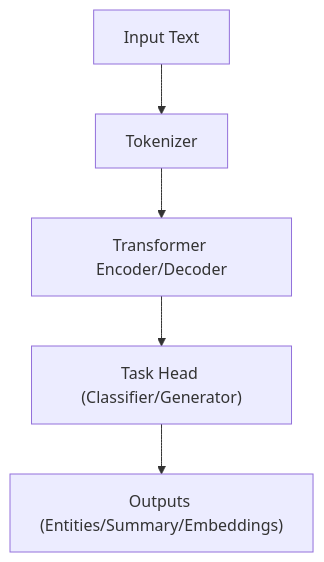
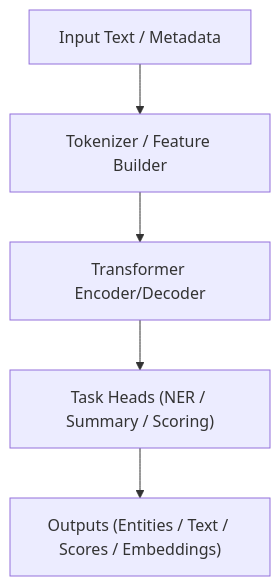
The diagram in docs/templates/model_card.md (bartytime4life/Kansas-Frontier-Matrix), drawn with Mermaid before and after one commit. The commit also changed other lines of this file, not shown here.

````diff
--- a/docs/templates/model_card.md
+++ b/docs/templates/model_card.md
@@ -110,7 +117,7 @@
 ```mermaid
 flowchart TD
-    A["Input Text"] --> B["Tokenizer"]
-    B["Tokenizer"] --> C["Transformer Encoder/Decoder"]
-    C["Transformer Encoder/Decoder"] --> D["Task Head (Classifier/Generator)"]
-    D["Task Head (Classifier/Generator)"] --> E["Outputs (Entities/Summary/Embeddings)"]
+    A["Input Text / Metadata"] --> B["Tokenizer / Feature Builder"]
+    B["Tokenizer / Feature Builder"] --> C["Transformer Encoder/Decoder"]
+    C["Transformer Encoder/Decoder"] --> D["Task Heads (NER / Summary / Scoring)"]
+    D["Task Heads (NER / Summary / Scoring)"] --> E["Outputs (Entities / Text / Scores / Embeddings)"]
 ```
````
